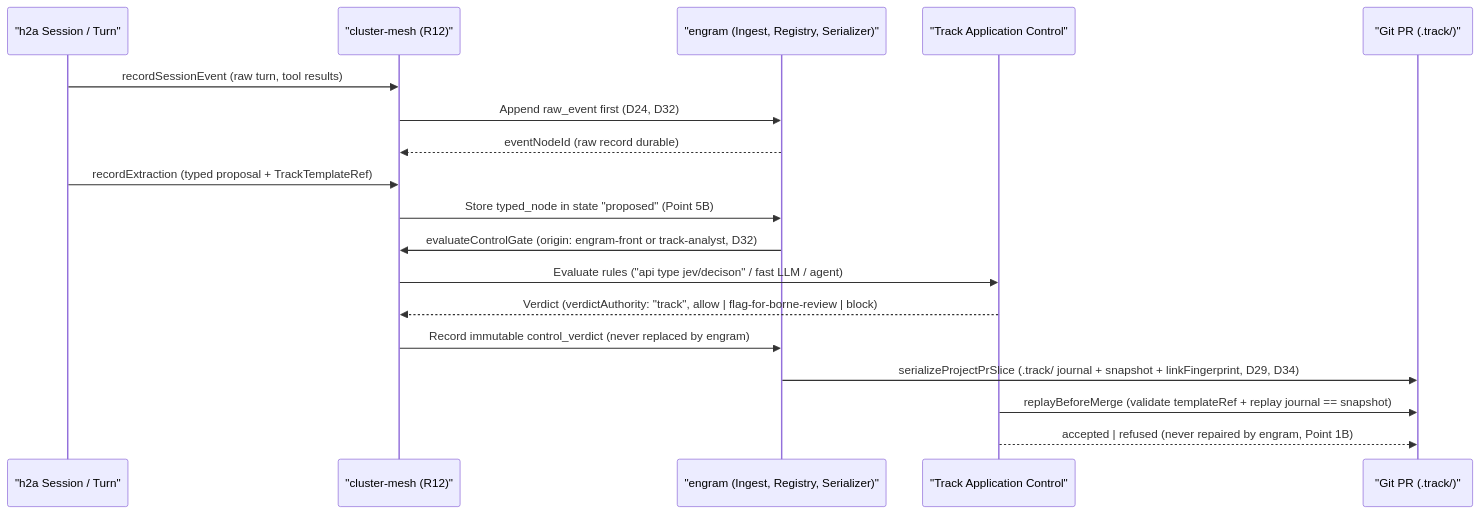
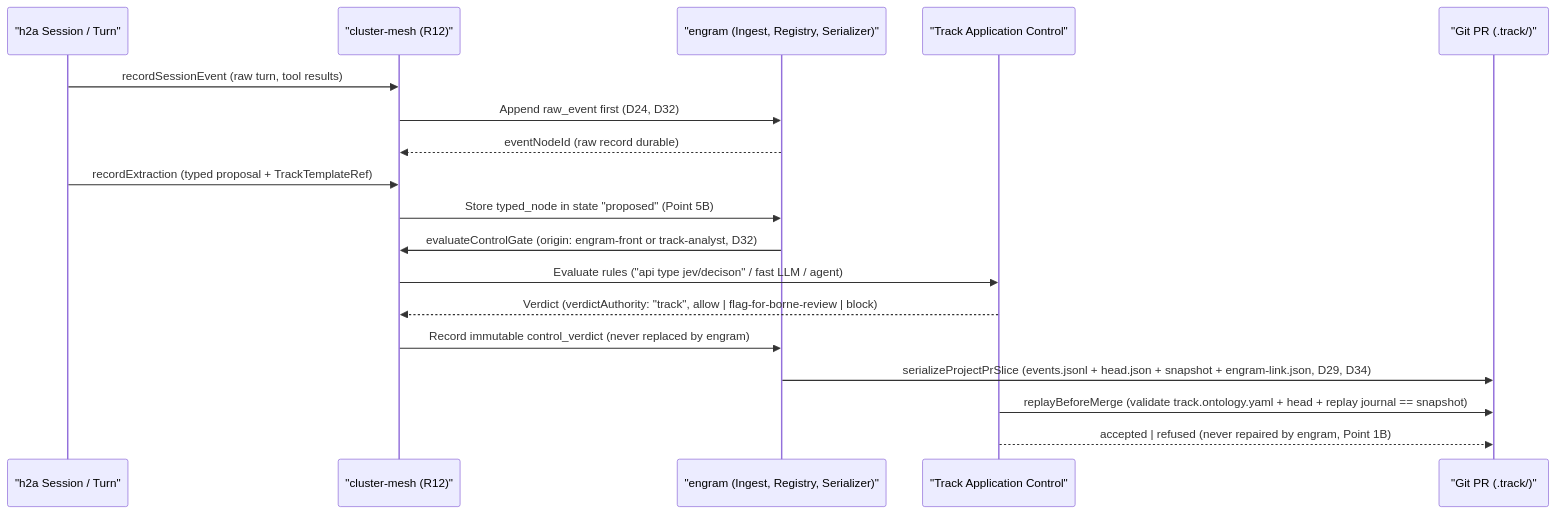
The diagram in spec/SPEC_ENGRAM_METAMODEL_AND_LINEAGE_REGISTRY.md (rhanka/engram), drawn with Mermaid before and after one commit. The commit also changed other lines of this file and 1 other file, not shown here.

First line of the commit message:
spec(memory): fold the h2a/Track review into Spec 0

````diff
--- a/spec/SPEC_ENGRAM_METAMODEL_AND_LINEAGE_REGISTRY.md
+++ b/spec/SPEC_ENGRAM_METAMODEL_AND_LINEAGE_REGISTRY.md
@@ -511,21 +791,21 @@
 ```mermaid
 sequenceDiagram
     participant Host as "h2a Session / Turn"
     participant Mesh as "cluster-mesh (R12)"
     participant Engram as "engram (Ingest, Registry, Serializer)"
     participant Track as "Track Application Control"
     participant Git as "Git PR (.track/)"
 
     Host->>Mesh: recordSessionEvent (raw turn, tool results)
     Mesh->>Engram: Append raw_event first (D24, D32)
     Engram-->>Mesh: eventNodeId (raw record durable)
     Host->>Mesh: recordExtraction (typed proposal + TrackTemplateRef)
     Mesh->>Engram: Store typed_node in state "proposed" (Point 5B)
     Engram->>Mesh: evaluateControlGate (origin: engram-front or track-analyst, D32)
     Mesh->>Track: Evaluate rules ("api type jev/decison" / fast LLM / agent)
     Track-->>Mesh: Verdict (verdictAuthority: "track", allow | flag-for-borne-review | block)
     Mesh->>Engram: Record immutable control_verdict (never replaced by engram)
-    Engram->>Git: serializeProjectPrSlice (.track/ journal + snapshot + linkFingerprint, D29, D34)
-    Track->>Git: replayBeforeMerge (validate templateRef + replay journal == snapshot)
+    Engram->>Git: serializeProjectPrSlice (events.jsonl + head.json + snapshot + engram-link.json, D29, D34)
+    Track->>Git: replayBeforeMerge (validate track.ontology.yaml + head + replay journal == snapshot)
     Track-->>Git: accepted | refused (never repaired by engram, Point 1B)
 ```
````
